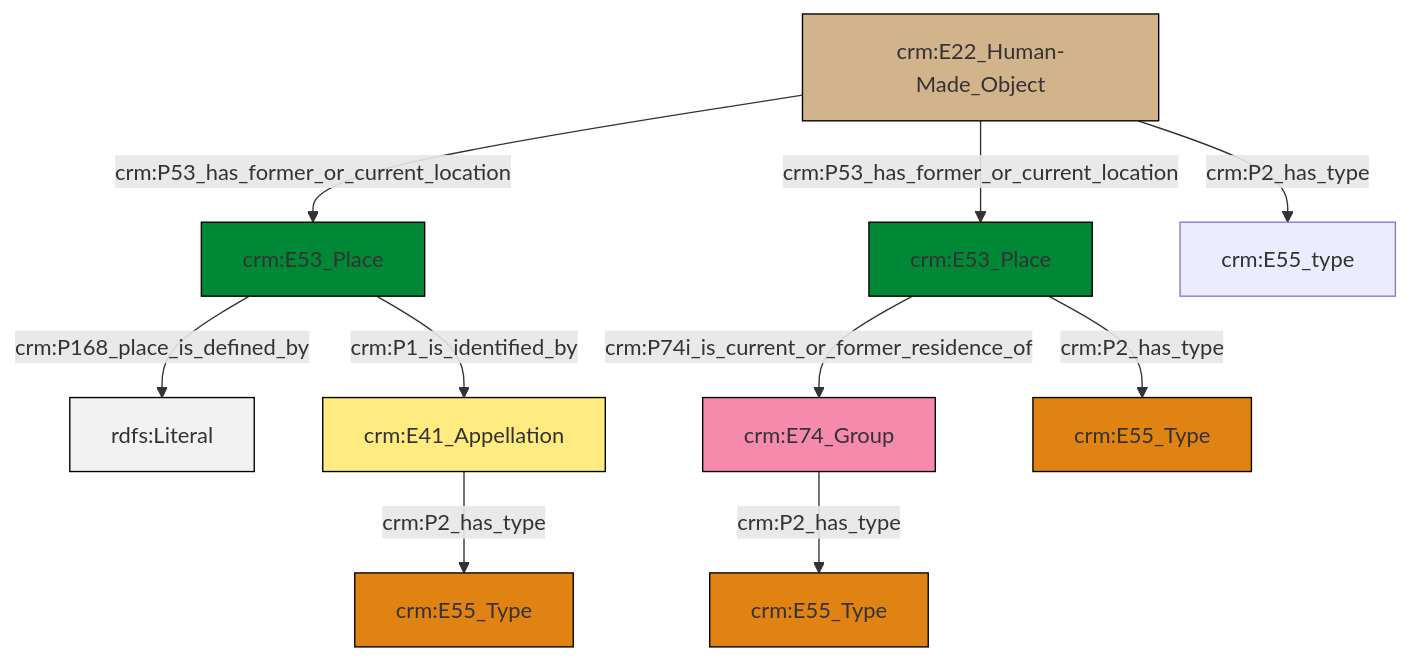
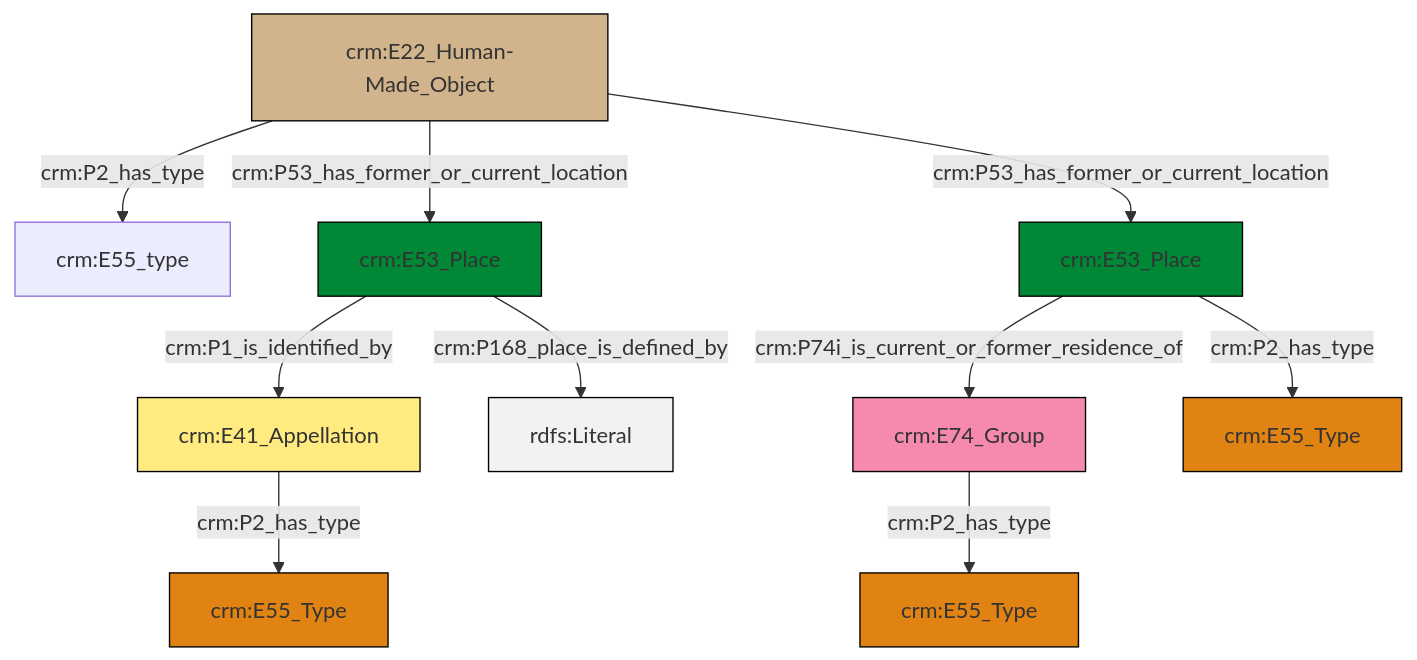
Before and after one commit to swiss-art-research-net/reference-data-models: the diagram in et/artworkCSV/ttl/mmd/Artwork_Location.ttl.mmd, drawn with Mermaid. The commit also changed 208 other files, not shown here.

```diff
--- a/et/artworkCSV/ttl/mmd/Artwork_Location.ttl.mmd
+++ b/et/artworkCSV/ttl/mmd/Artwork_Location.ttl.mmd
@@ -1,24 +1,24 @@
 graph TD
 classDef Literal fill:#f2f2f2,stroke:#000000;
 classDef CRM_Entity fill:#FFFFFF,stroke:#000000;
 classDef Temporal_Entity fill:#00C9E6, stroke:#000000;
 classDef Type fill:#E18312, stroke:#000000;
 classDef Time-Span fill:#2C9C91, stroke:#000000;
 classDef Appellation fill:#FFEB7F, stroke:#000000;
 classDef Place fill:#008836, stroke:#000000;
 classDef Persistent_Item fill:#B266B2, stroke:#000000;
 classDef Conceptual_Object fill:#FFD700, stroke:#000000;
 classDef Physical_Thing fill:#D2B48C, stroke:#000000;
 classDef Actor fill:#f58aad, stroke:#000000;
 classDef PC_Classes fill:#4ce600, stroke:#000000;
 classDef Multi fill:#cccccc,stroke:#000000;
 
-4["crm:E53_Place"]:::Place -->|crm:P74i_is_current_or_former_residence_of| 5["crm:E74_Group"]:::Actor
-6["crm:E22_Human-Made_Object"]:::Physical_Thing -->|crm:P53_has_former_or_current_location| 7["crm:E53_Place"]:::Place
-5["crm:E74_Group"]:::Actor -->|crm:P2_has_type| 8["crm:E55_Type"]:::Type
-4["crm:E53_Place"]:::Place -->|crm:P2_has_type| 2["crm:E55_Type"]:::Type
-6["crm:E22_Human-Made_Object"]:::Physical_Thing -->|crm:P53_has_former_or_current_location| 4["crm:E53_Place"]:::Place
-7["crm:E53_Place"]:::Place -->|crm:P168_place_is_defined_by| 12[rdfs:Literal]:::Literal
-7["crm:E53_Place"]:::Place -->|crm:P1_is_identified_by| 0["crm:E41_Appellation"]:::Appellation
-0["crm:E41_Appellation"]:::Appellation -->|crm:P2_has_type| 17["crm:E55_Type"]:::Type
-6["crm:E22_Human-Made_Object"]:::Physical_Thing -->|crm:P2_has_type| 9["crm:E55_type"]:::Default
+0["crm:E53_Place"]:::Place -->|crm:P1_is_identified_by| 1["crm:E41_Appellation"]:::Appellation
+4["crm:E22_Human-Made_Object"]:::Physical_Thing -->|crm:P2_has_type| 5["crm:E55_type"]:::Default
+1["crm:E41_Appellation"]:::Appellation -->|crm:P2_has_type| 7["crm:E55_Type"]:::Type
+4["crm:E22_Human-Made_Object"]:::Physical_Thing -->|crm:P53_has_former_or_current_location| 0["crm:E53_Place"]:::Place
+4["crm:E22_Human-Made_Object"]:::Physical_Thing -->|crm:P53_has_former_or_current_location| 9["crm:E53_Place"]:::Place
+0["crm:E53_Place"]:::Place -->|crm:P168_place_is_defined_by| 13[rdfs:Literal]:::Literal
+9["crm:E53_Place"]:::Place -->|crm:P74i_is_current_or_former_residence_of| 18["crm:E74_Group"]:::Actor
+18["crm:E74_Group"]:::Actor -->|crm:P2_has_type| 10["crm:E55_Type"]:::Type
+9["crm:E53_Place"]:::Place -->|crm:P2_has_type| 2["crm:E55_Type"]:::Type
```
